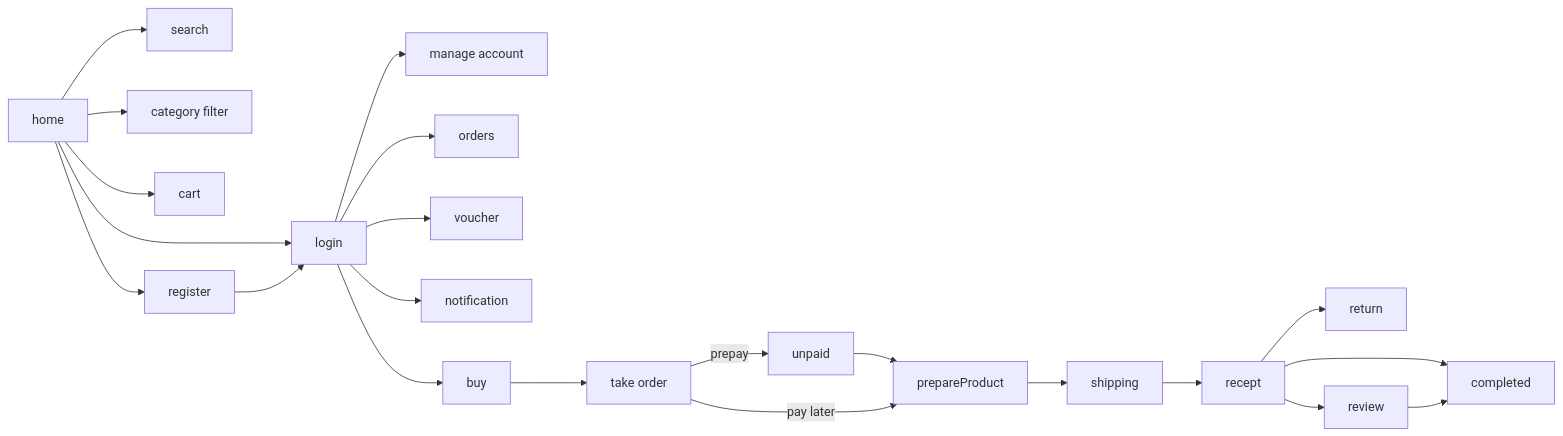
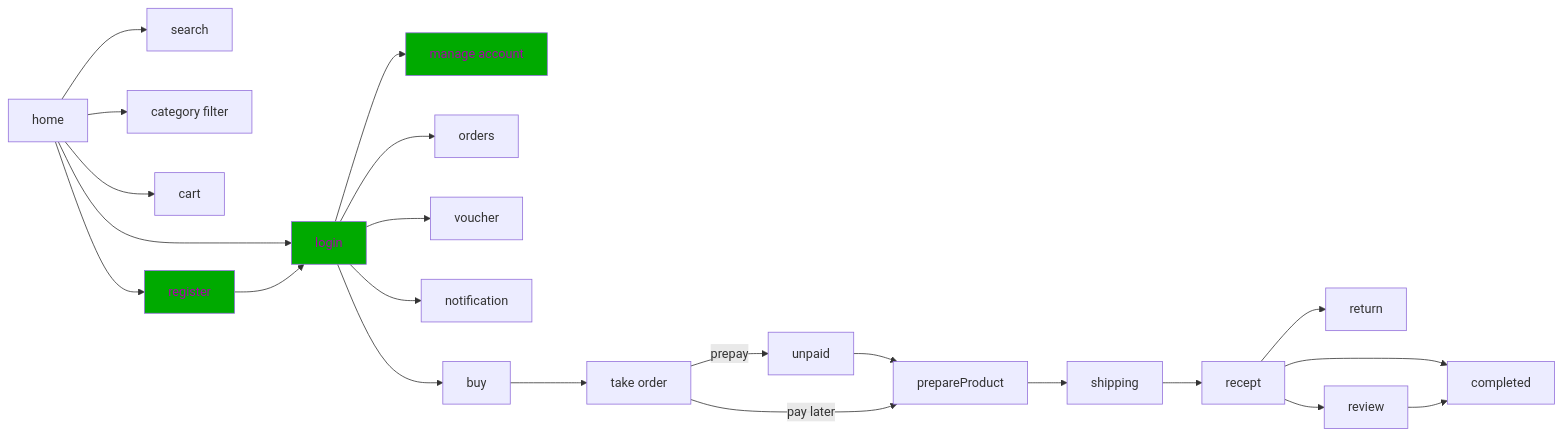
One commit to lpta2302/minn_shop changed the diagram in flow.md. Above: the diagram before and after it, drawn with Mermaid. The commit also changed 3 other files, not shown here.

````diff
--- a/flow.md
+++ b/flow.md
@@ -1,29 +1,36 @@
 ```mermaid
 
 flowchart LR
 
 home --> search
 home --> categoryFilter[category filter]
 home --> cart
 home --> login
 home --> register
 register --> login
 
 login --> manageAccount[manage account]
 login --> orders
 login --> voucher
 login --> notification
 login --> buy
 
 buy --> takeOrder[take order]
 takeOrder --prepay--> unpaid
 unpaid --> prepareProduct
 takeOrder --"pay later"--> prepareProduct
 prepareProduct --> shipping
 shipping --> recept
 recept --> return
 recept --> completed 
 recept --> review
 review --> completed
 
+style login fill:#0a0
+style login color:#a0a
+style register fill:#0a0
+style register color:#a0a
+style manageAccount fill:#0a0
+style manageAccount color:#a0a
+
 ```
````
